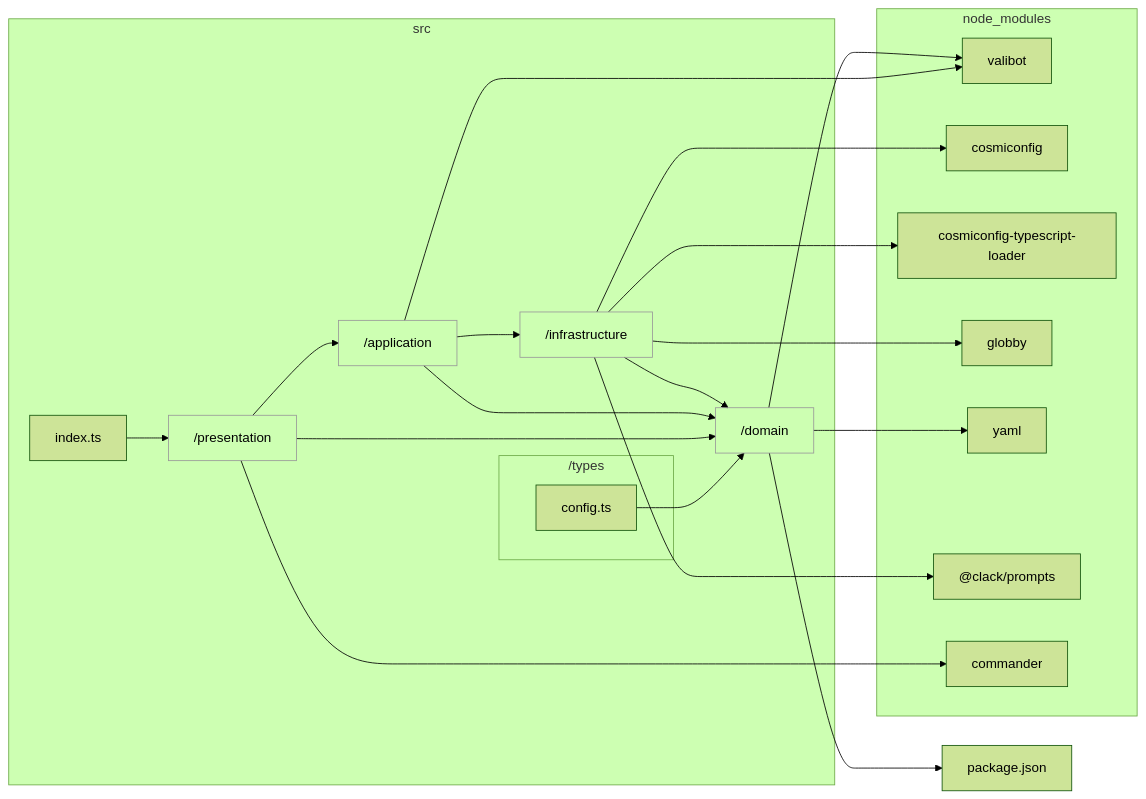
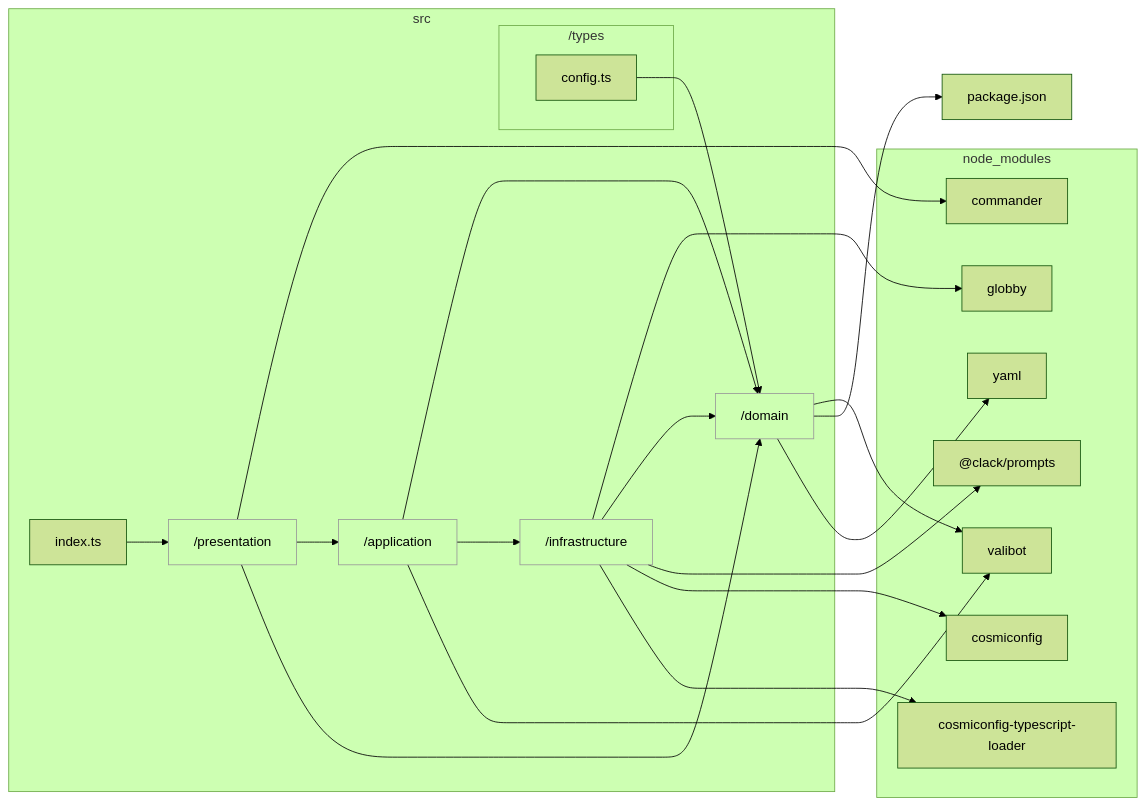
One commit to sugurutakahashi-1234/mermaid-markdown-wrap changed the diagram in docs/reports/dependencies/layers.md. Above: the diagram before and after it, drawn with Mermaid (forest theme). The commit also changed other lines of this file and 24 other files, not shown here.

First line of the commit message:
refactor: configuration handling and update option schemas [deps-change]

````diff
--- a/docs/reports/dependencies/layers.md
+++ b/docs/reports/dependencies/layers.md
@@ -7,39 +7,39 @@
 ```mermaid
 flowchart LR
     classDef dir fill:#0000,stroke:#999
     subgraph src["src"]
         src/domain["/domain"]:::dir
         src/infrastructure["/infrastructure"]:::dir
         src/application["/application"]:::dir
         src/presentation["/presentation"]:::dir
         src/index.ts["index.ts"]
         subgraph src/types["/types"]
             src/types/config.ts["config.ts"]
         end
     end
     subgraph node//modules["node_modules"]
         node//modules/valibot/dist/index.d.cts["valibot"]
-        node//modules/cosmiconfig/dist/index.d.ts["cosmiconfig"]
-        node//modules/cosmiconfig//typescript//loader/dist/types/index.d.ts["cosmiconfig-typescript-loader"]
         node//modules/globby/index.d.ts["globby"]
         node//modules/yaml/dist/index.d.ts["yaml"]
         node//modules///clack/prompts/dist/index.d.ts["@clack/prompts"]
+        node//modules/cosmiconfig/dist/index.d.ts["cosmiconfig"]
+        node//modules/cosmiconfig//typescript//loader/dist/types/index.d.ts["cosmiconfig-typescript-loader"]
         node//modules/commander/typings/index.d.ts["commander"]
     end
     src/domain-->node//modules/valibot/dist/index.d.cts
     src/domain-->package.json
-    src/infrastructure-->node//modules/cosmiconfig/dist/index.d.ts
-    src/infrastructure-->node//modules/cosmiconfig//typescript//loader/dist/types/index.d.ts
+    src/infrastructure-->node//modules/globby/index.d.ts
     src/infrastructure-->src/domain
-    src/infrastructure-->node//modules/globby/index.d.ts
     src/application-->src/domain
     src/application-->src/infrastructure
     src/domain-->node//modules/yaml/dist/index.d.ts
     src/infrastructure-->node//modules///clack/prompts/dist/index.d.ts
+    src/infrastructure-->node//modules/cosmiconfig/dist/index.d.ts
+    src/infrastructure-->node//modules/cosmiconfig//typescript//loader/dist/types/index.d.ts
     src/application-->node//modules/valibot/dist/index.d.cts
     src/presentation-->node//modules/commander/typings/index.d.ts
     src/presentation-->src/application
     src/presentation-->src/domain
     src/index.ts-->src/presentation
     src/types/config.ts-->src/domain
 ```
````
